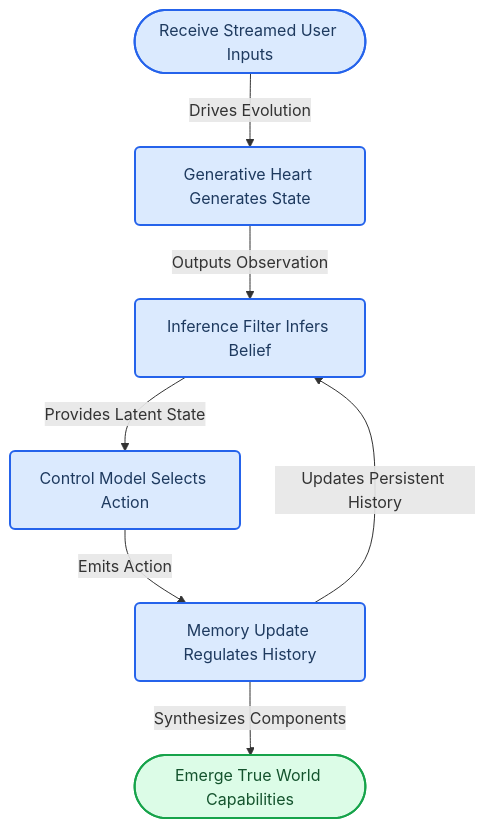
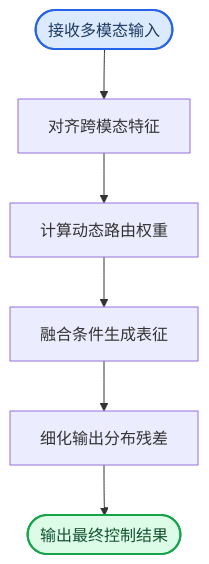
Before and after one commit to ShinewineW/paper-rolling: the third of 10 diagrams in person_vault/2026-06-12_FromMasksToWorldsAHitchhikerSGuideToWorl_2510.20668/report.md, drawn with Mermaid. The commit also changed other lines of this file and 300 other files, not shown here.

````diff
--- a/person_vault/2026-06-12_FromMasksToWorldsAHitchhikerSGuideToWorl_2510.20668/report.md
+++ b/person_vault/2026-06-12_FromMasksToWorldsAHitchhikerSGuideToWorl_2510.20668/report.md
@@ -717,20 +126,19 @@
 ```mermaid
 flowchart TB
-    streamed_inputs(["Receive Streamed User Inputs"]):::required
-    generative_heart(Generative Heart Generates State):::required
-    inference_filter(Inference Filter Infers Belief):::required
-    control_model(Control Model Selects Action):::required
-    memory_update(Memory Update Regulates History):::required
-    true_world_emergence(["Emerge True World Capabilities"]):::output
+  ingest_raw(["接收多模态输入"]):::required
+  align_features["对齐跨模态特征"]
+  compute_weights["计算动态路由权重"]
+  fuse_conditions["融合条件生成表征"]
+  refine_distributions["细化输出分布残差"]
+  emit_results(["输出最终控制结果"]):::output
 
-    streamed_inputs -->|Drives Evolution| generative_heart
-    generative_heart -->|Outputs Observation| inference_filter
-    inference_filter -->|Provides Latent State| control_model
-    control_model -->|Emits Action| memory_update
-    memory_update -->|Updates Persistent History| inference_filter
-    memory_update -->|Synthesizes Components| true_world_emergence
+  ingest_raw --> align_features
+  align_features --> compute_weights
+  compute_weights --> fuse_conditions
+  fuse_conditions --> refine_distributions
+  refine_distributions --> emit_results
 
-    classDef required fill:#dbeafe,stroke:#2563eb,stroke-width:2px,color:#1e3a5f
-    classDef output fill:#dcfce7,stroke:#16a34a,stroke-width:2px,color:#14532d
-    classDef optional fill:#fef9c3,stroke:#ca8a04,stroke-width:2px,color:#713f12
+  classDef required fill:#dbeafe,stroke:#2563eb,stroke-width:2px,color:#1e3a5f
+  classDef output fill:#dcfce7,stroke:#16a34a,stroke-width:2px,color:#14532d
+  classDef optional fill:#fef9c3,stroke:#ca8a04,stroke-width:2px,color:#713f12
 ```
````
